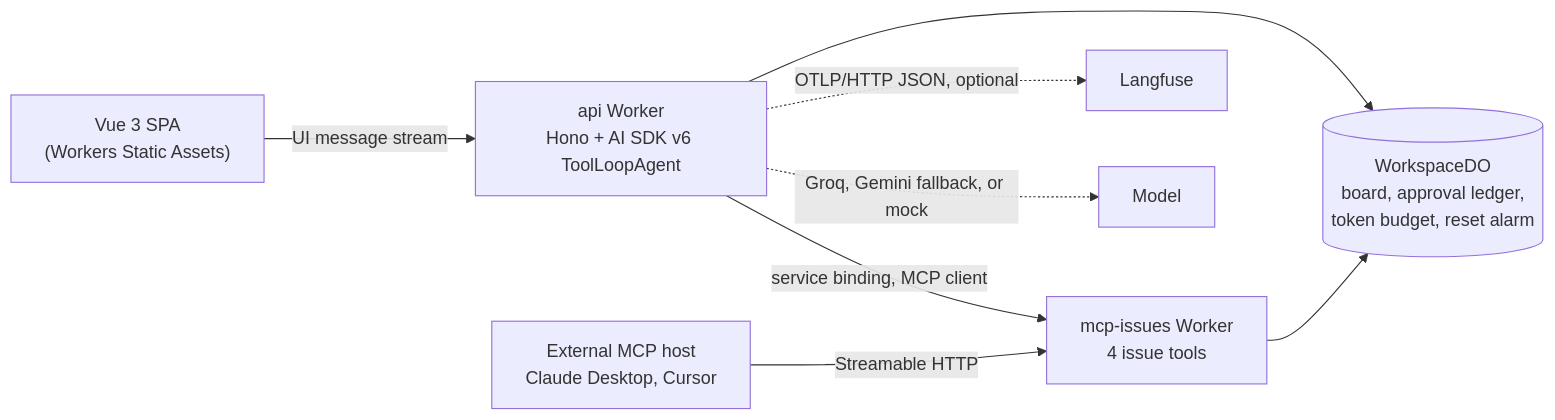
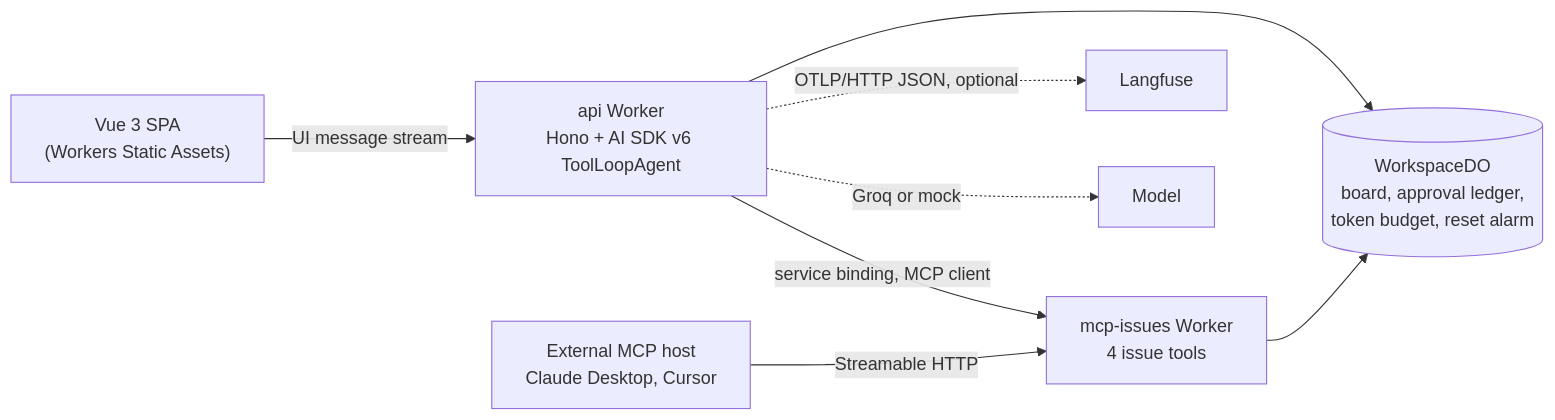
Before and after one commit to elbay-malik/DevSprint: the diagram in README.md, drawn with Mermaid. The commit also changed other lines of this file and 13 other files, not shown here.

````diff
--- a/README.md
+++ b/README.md
@@ -39,10 +39,10 @@
 ```mermaid
 flowchart LR
   Browser["Vue 3 SPA<br/>(Workers Static Assets)"] -->|"UI message stream"| Api["api Worker<br/>Hono + AI SDK v6 ToolLoopAgent"]
   Api -->|"service binding, MCP client"| Mcp["mcp-issues Worker<br/>4 issue tools"]
   Host["External MCP host<br/>Claude Desktop, Cursor"] -->|"Streamable HTTP"| Mcp
   Api --> DO[("WorkspaceDO<br/>board, approval ledger,<br/>token budget, reset alarm")]
   Mcp --> DO
   Api -.->|"OTLP/HTTP JSON, optional"| Langfuse["Langfuse"]
-  Api -.->|"Groq, Gemini fallback, or mock"| Model["Model"]
+  Api -.->|"Groq or mock"| Model["Model"]
 ```
````
